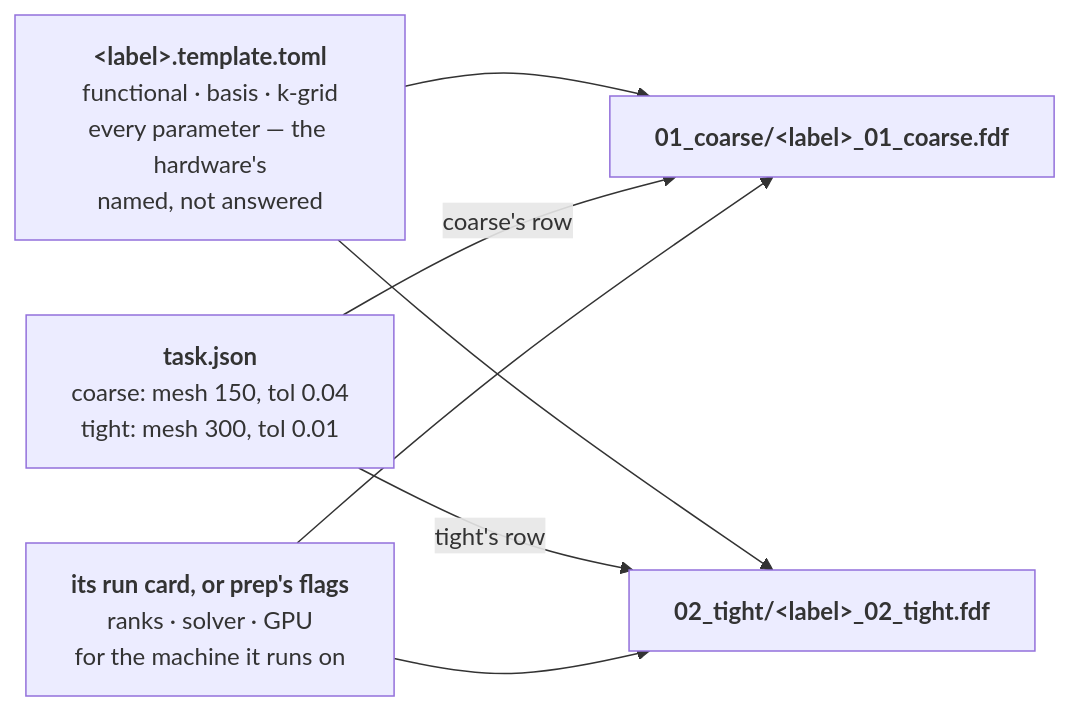
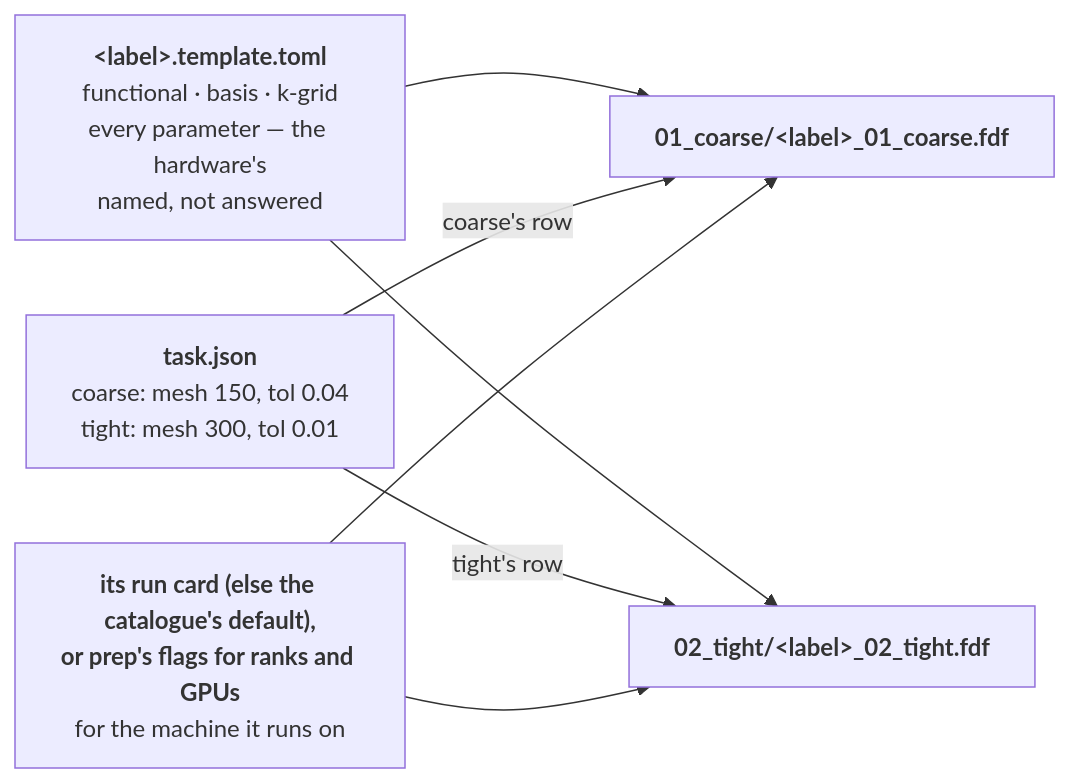
Before and after one commit to Qing-LAB/molbuilder: the diagram in docs/engines/stages.md, drawn with Mermaid. The commit also changed other lines of this file and 71 other files, not shown here.

````diff
--- a/docs/engines/stages.md
+++ b/docs/engines/stages.md
@@ -1460,14 +1228,14 @@
 ```mermaid
 flowchart LR
     T["<b>&lt;label&gt;.template.toml</b><br/>functional · basis · k-grid<br/>every parameter — the hardware's<br/>named, not answered"]
     J["<b>task.json</b><br/>coarse: mesh 150, tol 0.04<br/>tight:  mesh 300, tol 0.01"]
-    M["<b>its run card, or prep's flags</b><br/>ranks · solver · GPU<br/>for the machine it runs on"]
+    M["<b>its run card (else the catalogue's default),<br/>or prep's flags for ranks and GPUs</b><br/>for the machine it runs on"]
     DC["<b>01_coarse/&lt;label&gt;_01_coarse.fdf</b>"]
     DT["<b>02_tight/&lt;label&gt;_02_tight.fdf</b>"]
     T --> DC
     T --> DT
     J -->|"coarse's row"| DC
     J -->|"tight's row"| DT
     M --> DC
     M --> DT
 ```
````
